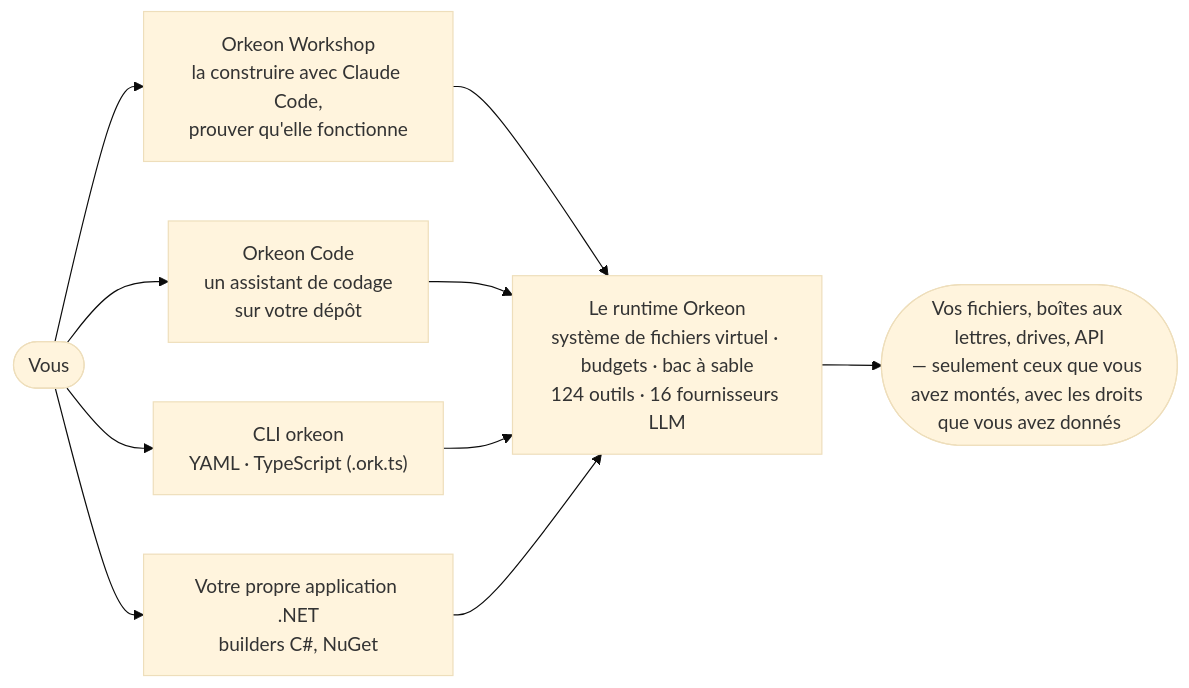
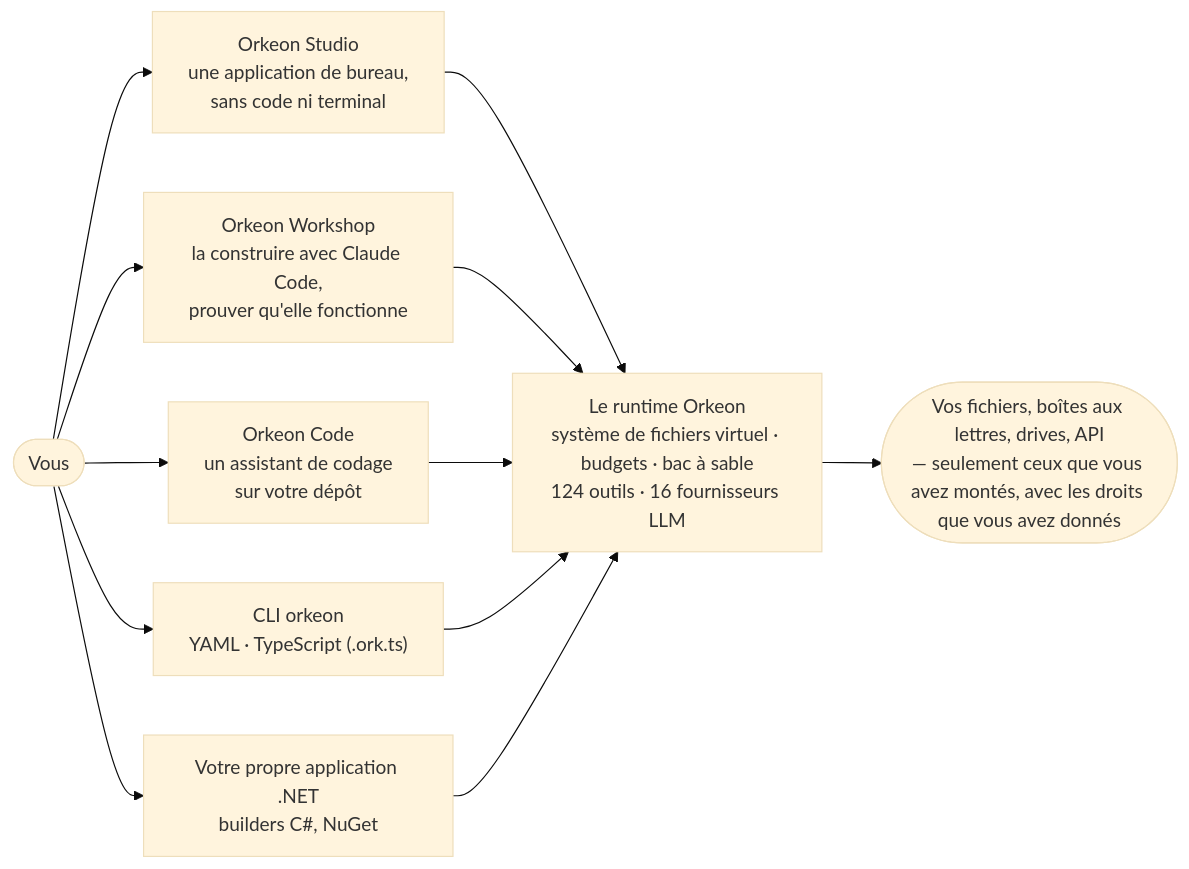
Before and after one commit to Orkeon/orkeon: the diagram in README.fr.md, drawn with Mermaid (base theme). The commit also changed other lines of this file and 11 other files, not shown here.

````diff
--- a/README.fr.md
+++ b/README.fr.md
@@ -30,9 +43,10 @@
 ```mermaid
 flowchart LR
     you(["Vous"]) --> workshop["Orkeon Workshop<br/>la construire avec Claude Code,<br/>prouver qu'elle fonctionne"]
+    you --> studio["Orkeon Studio<br/>une application de bureau,<br/>sans code ni terminal"]
     you --> code["Orkeon Code<br/>un assistant de codage<br/>sur votre dépôt"]
     you --> cli["CLI orkeon<br/>YAML · TypeScript (.ork.ts)"]
     you --> app["Votre propre application .NET<br/>builders C#, NuGet"]
-    workshop & code & cli & app --> runtime["Le runtime Orkeon<br/>système de fichiers virtuel · budgets · bac à sable<br/>124 outils · 16 fournisseurs LLM"]
+    studio & workshop & code & cli & app --> runtime["Le runtime Orkeon<br/>système de fichiers virtuel · budgets · bac à sable<br/>124 outils · 16 fournisseurs LLM"]
     runtime --> world(["Vos fichiers, boîtes aux lettres, drives, API<br/>— seulement ceux que vous avez montés, avec les droits que vous avez donnés"])
 ```
````
